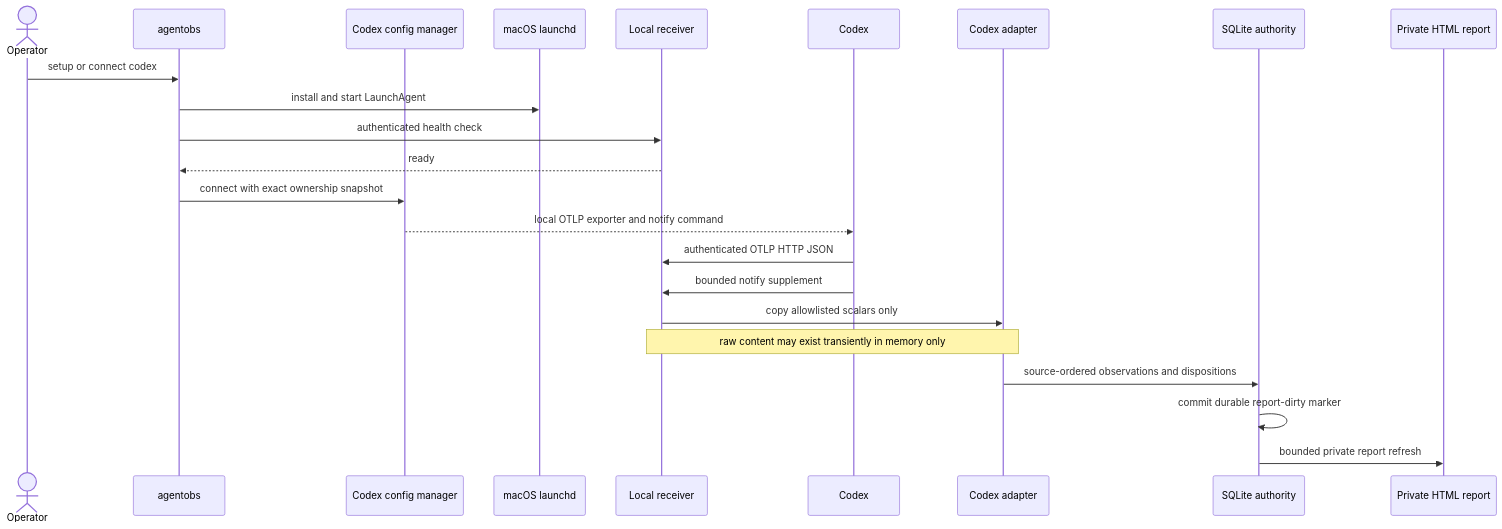
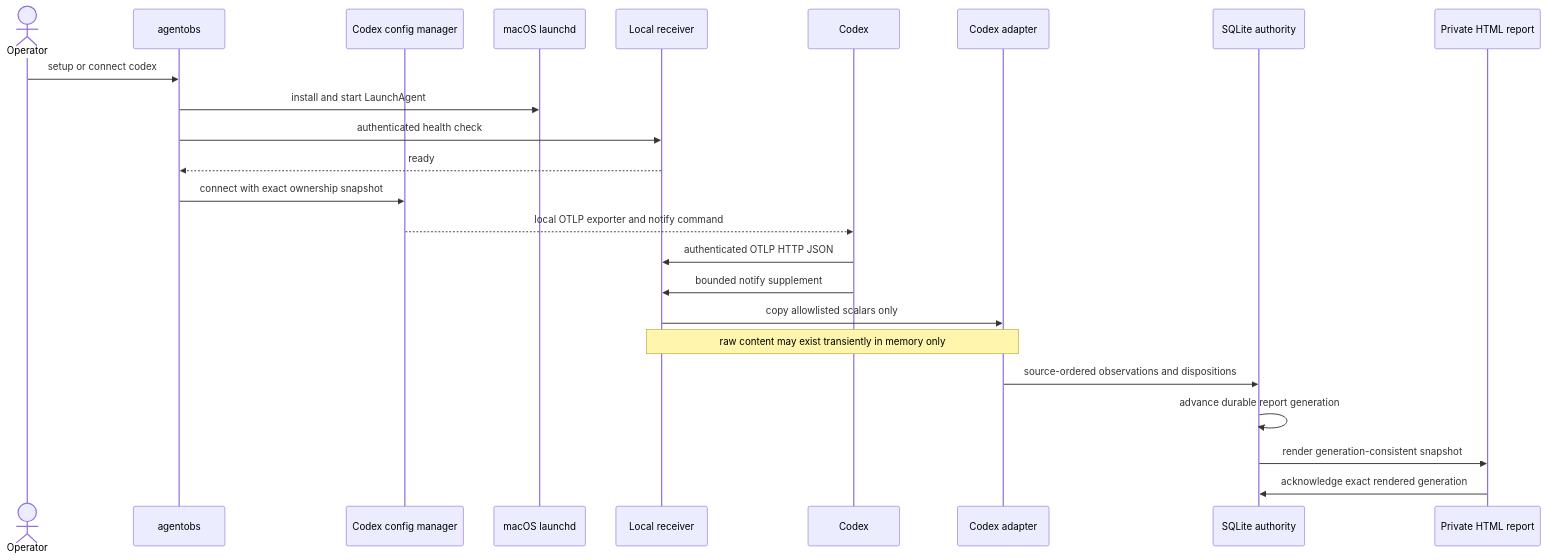
One commit to MCprotein/agent-observability changed the second of 8 diagrams in docs/COLLECTION_FLOW.md. Above: the diagram before and after it, drawn with Mermaid. The commit also changed other lines of this file and 3 other files, not shown here.

````diff
--- a/docs/COLLECTION_FLOW.md
+++ b/docs/COLLECTION_FLOW.md
@@ -70,26 +70,27 @@
 ```mermaid
 sequenceDiagram
     actor Operator
     participant CLI as agentobs
     participant Config as Codex config manager
     participant Launchd as macOS launchd
     participant Receiver as Local receiver
     participant Codex
     participant Adapter as Codex adapter
     participant Store as SQLite authority
     participant Report as Private HTML report
 
     Operator->>CLI: setup or connect codex
     CLI->>Launchd: install and start LaunchAgent
     CLI->>Receiver: authenticated health check
     Receiver-->>CLI: ready
     CLI->>Config: connect with exact ownership snapshot
     Config-->>Codex: local OTLP exporter and notify command
     Codex->>Receiver: authenticated OTLP HTTP JSON
     Codex->>Receiver: bounded notify supplement
     Receiver->>Adapter: copy allowlisted scalars only
     Note over Receiver,Adapter: raw content may exist transiently in memory only
     Adapter->>Store: source-ordered observations and dispositions
-    Store->>Store: commit durable report-dirty marker
-    Store->>Report: bounded private report refresh
+    Store->>Store: advance durable report generation
+    Store->>Report: render generation-consistent snapshot
+    Report->>Store: acknowledge exact rendered generation
 ```
````
